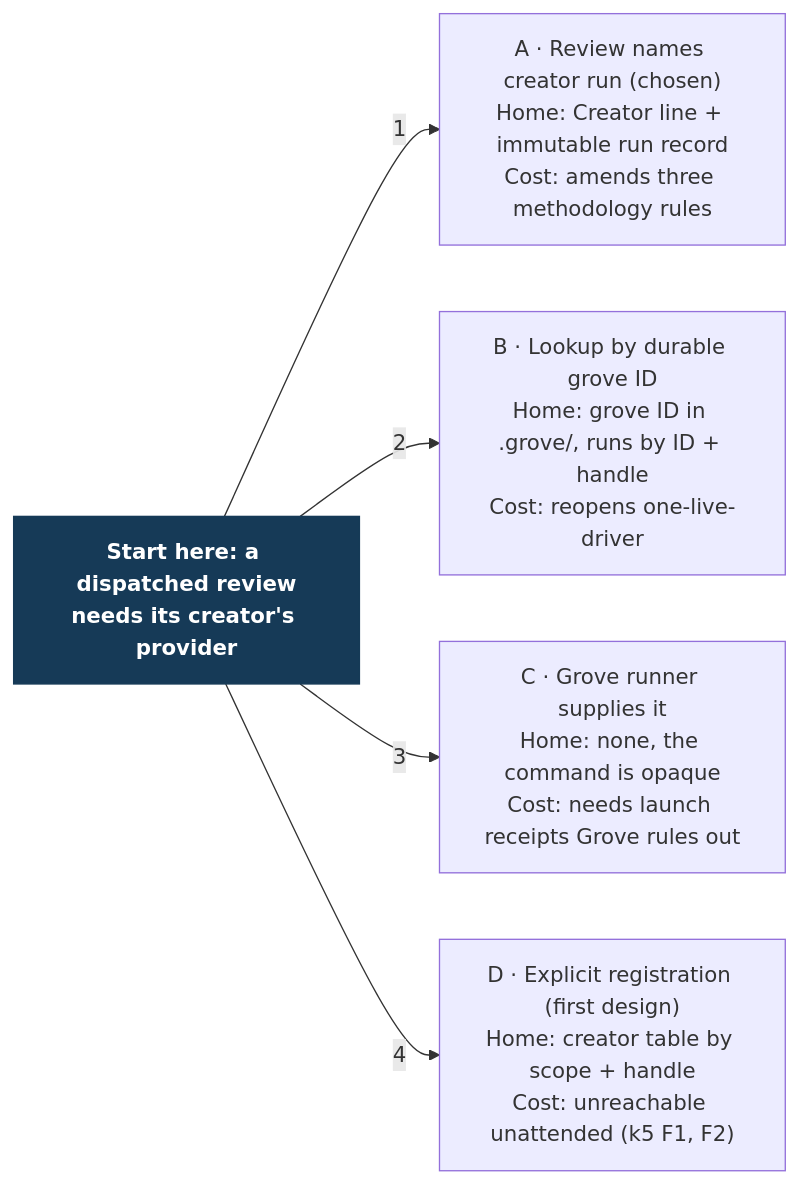
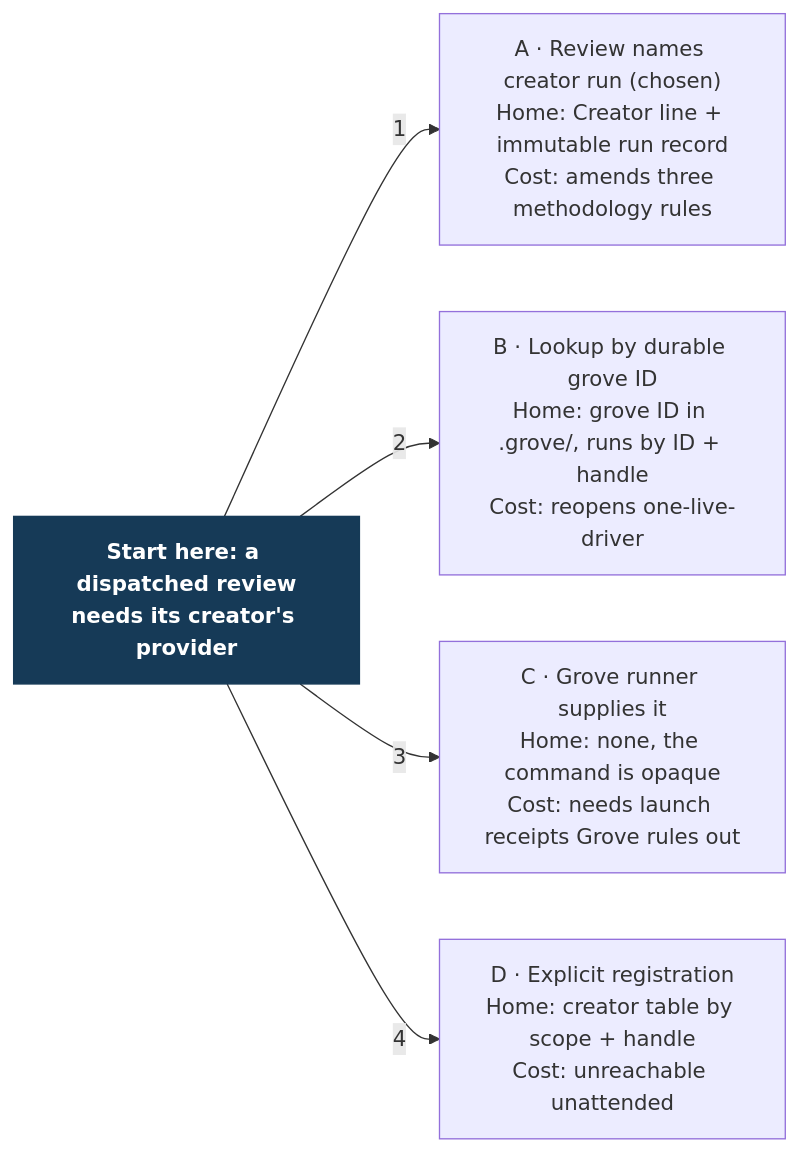
One commit to Linkuistics/grove changed the diagram in docs/design/harness-selection-and-execution/creator-options.mmd. Above: the diagram before and after it, drawn with Mermaid. The commit also changed 17 other files, not shown here.

```diff
--- a/docs/design/harness-selection-and-execution/creator-options.mmd
+++ b/docs/design/harness-selection-and-execution/creator-options.mmd
@@ -1,11 +1,11 @@
 flowchart LR
   Q["Start here: a dispatched review\nneeds its creator's provider"]:::start
   A["A · Review names creator run (chosen)\nHome: Creator line + immutable run record\nCost: amends three methodology rules"]
   B["B · Lookup by durable grove ID\nHome: grove ID in .grove/, runs by ID + handle\nCost: reopens one-live-driver"]
   C["C · Grove runner supplies it\nHome: none, the command is opaque\nCost: needs launch receipts Grove rules out"]
-  D["D · Explicit registration (first design)\nHome: creator table by scope + handle\nCost: unreachable unattended (k5 F1, F2)"]
+  D["D · Explicit registration\nHome: creator table by scope + handle\nCost: unreachable unattended"]
   Q -->|"1"| A
   Q -->|"2"| B
   Q -->|"3"| C
   Q -->|"4"| D
   classDef start fill:#163a57,color:#fff,stroke:#163a57,font-weight:bold
```
